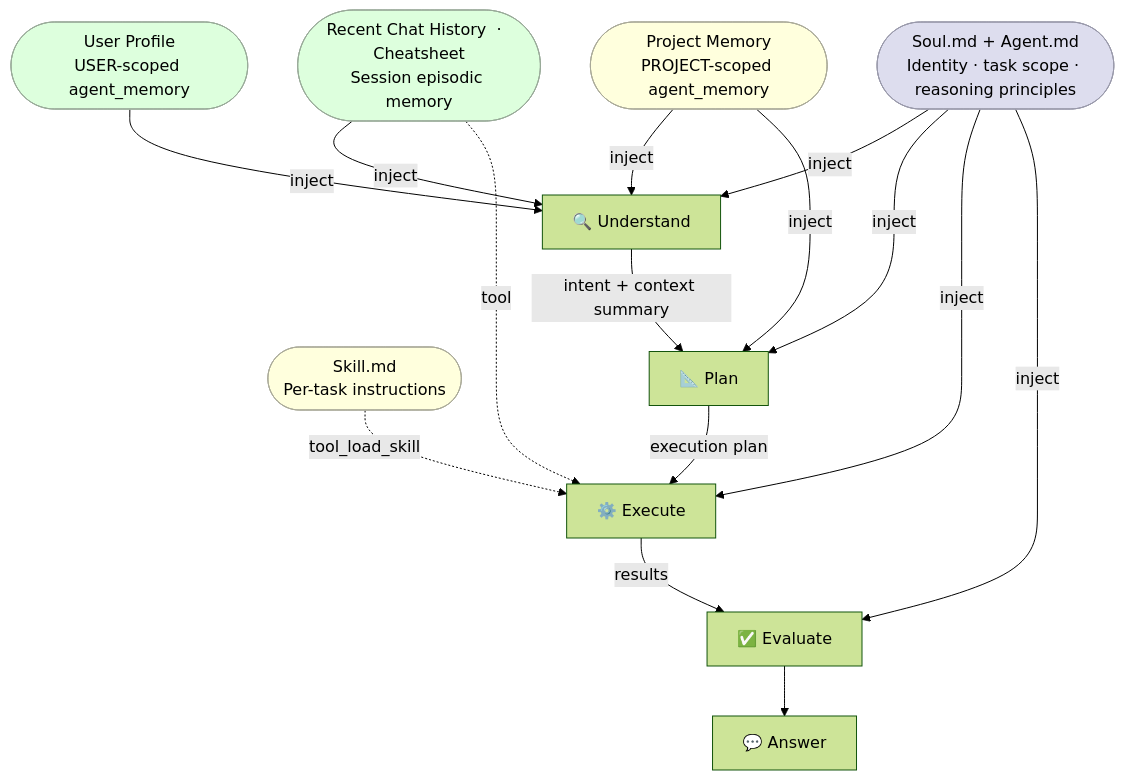
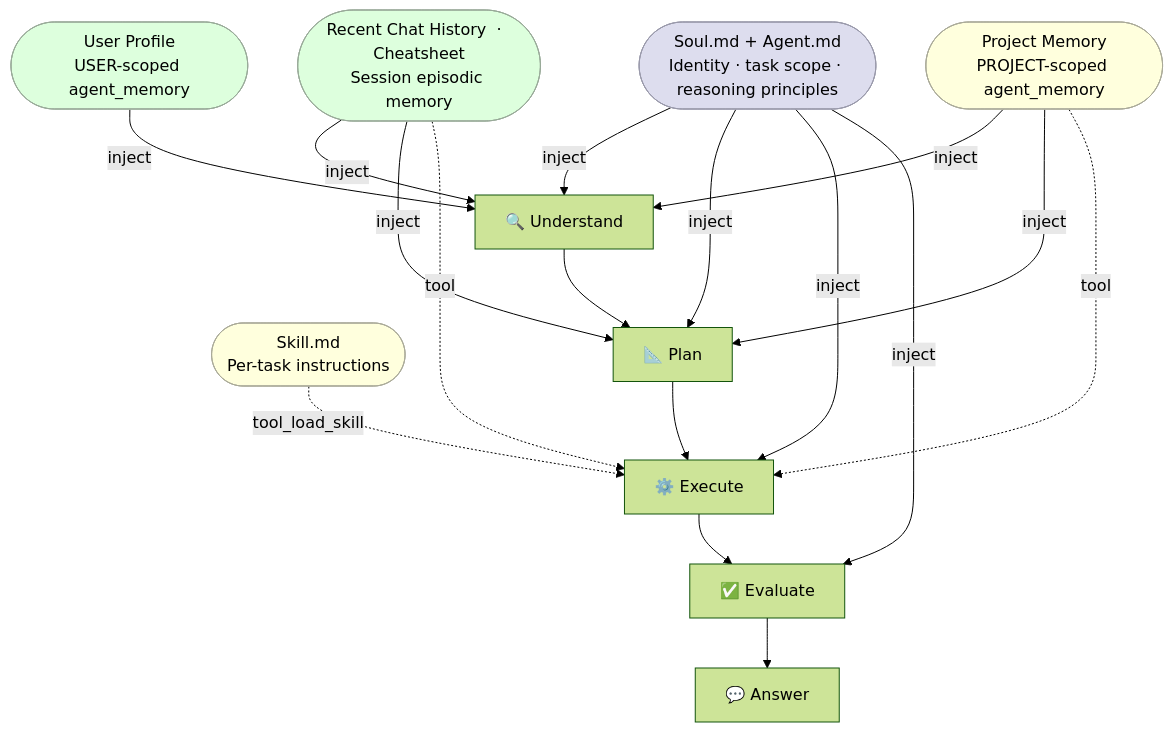
Before and after one commit to wiedersehne/Ida-arch: the fourth of 4 diagrams in memory_arch.md, drawn with Mermaid (forest theme). The commit also changed other lines of this file, not shown here.

````diff
--- a/memory_arch.md
+++ b/memory_arch.md
@@ -282,34 +282,36 @@
 ```mermaid
 flowchart TD
     soul(["Soul.md + Agent.md\nIdentity · task scope · reasoning principles"])
     ep(["Recent Chat History  ·  Cheatsheet\nSession episodic memory"])
     up(["User Profile\nUSER-scoped agent_memory"])
     pm(["Project Memory\nPROJECT-scoped agent_memory"])
     sk(["Skill.md\nPer-task instructions"])
 
-    U["🔍 Understand"] -->|intent + context summary| P["📐 Plan"]
-    P -->|execution plan| Ex["⚙️ Execute"]
-    Ex -->|results| Ev["✅ Evaluate"]
+    U["🔍 Understand"] --> P["📐 Plan"]
+    P --> Ex["⚙️ Execute"]
+    Ex --> Ev["✅ Evaluate"]
     Ev --> A["💬 Answer"]
 
     soul -->|inject| U
     soul -->|inject| P
     soul -->|inject| Ex
     soul -->|inject| Ev
 
     ep -->|inject| U
+    ep -->|inject| P
     ep -.->|tool| Ex
 
     up -->|inject| U
 
     pm -->|inject| U
     pm -->|inject| P
+    pm -.->|tool| Ex
 
     sk -.->|tool_load_skill| Ex
 
     style soul fill:#dde,stroke:#99a
     style ep fill:#dfd,stroke:#9a9
     style up fill:#dfd,stroke:#9a9
     style pm fill:#ffd,stroke:#aa9
     style sk fill:#ffd,stroke:#aa9
 ```
````
